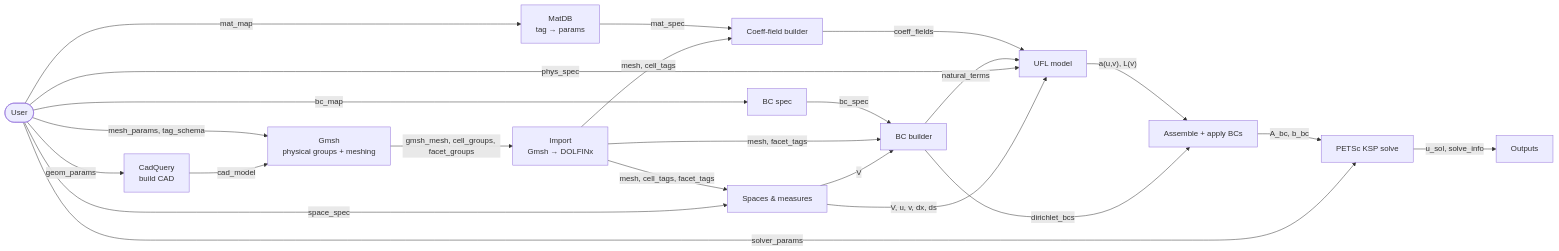
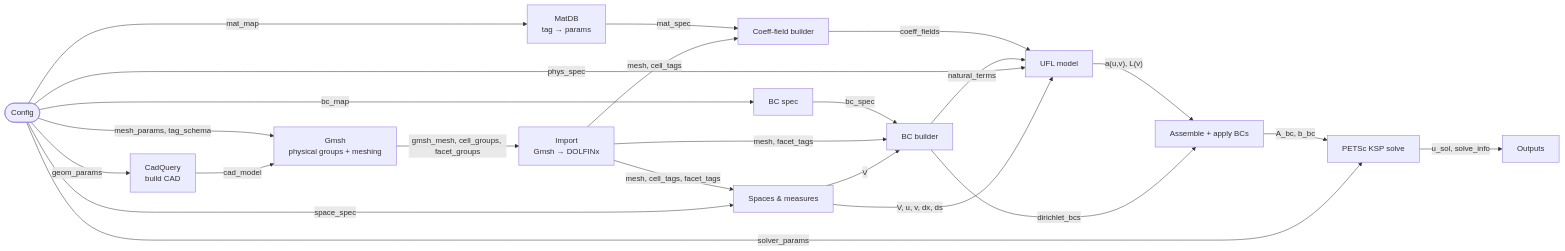
Before and after one commit to amannm/parts: the diagram in linearsteady.mermaid, drawn with Mermaid. The commit also changed 3 other files, not shown here.

```diff
--- a/linearsteady.mermaid
+++ b/linearsteady.mermaid
@@ -1,41 +1,41 @@
 flowchart LR
-    U([User])
+    U([Config])
     CQ["CadQuery\nbuild CAD"]
     GM["Gmsh\nphysical groups + meshing"]
     IM["Import\nGmsh → DOLFINx"]
     FS["Spaces & measures"]
     MDB["MatDB\ntag → params"]
     CF["Coeff-field builder"]
     BCS["BC spec"]
     BCB["BC builder"]
     PHYS["UFL model"]
     ASSY["Assemble + apply BCs"]
     KSP["PETSc KSP solve"]
     OUT["Outputs"]
 %% Geometry + mesh
     U -- geom_params --> CQ
     U -- " mesh_params, tag_schema " --> GM
     CQ -- cad_model --> GM
     GM -- " gmsh_mesh, cell_groups, facet_groups " --> IM
     IM -- " mesh, cell_tags, facet_tags " --> FS
 %% Spaces
     U -- space_spec --> FS
 %% Materials / coefficients
     U -- mat_map --> MDB
     MDB -- mat_spec --> CF
     IM -- " mesh, cell_tags " --> CF
     CF -- coeff_fields --> PHYS
 %% Boundary conditions
     U -- bc_map --> BCS
     BCS -- bc_spec --> BCB
     IM -- " mesh, facet_tags " --> BCB
     FS -- V --> BCB
     BCB -- natural_terms --> PHYS
 %% Physics + forms
     U -- phys_spec --> PHYS
     FS -- " V, u, v, dx, ds " --> PHYS
     PHYS -- " a(u,v), L(v) " --> ASSY
     BCB -- dirichlet_bcs --> ASSY
     ASSY -- " A_bc, b_bc " --> KSP
     U -- solver_params --> KSP
     KSP -- " u_sol, solve_info " --> OUT
```
